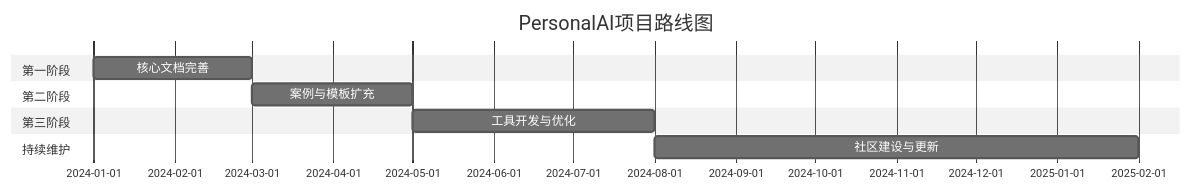
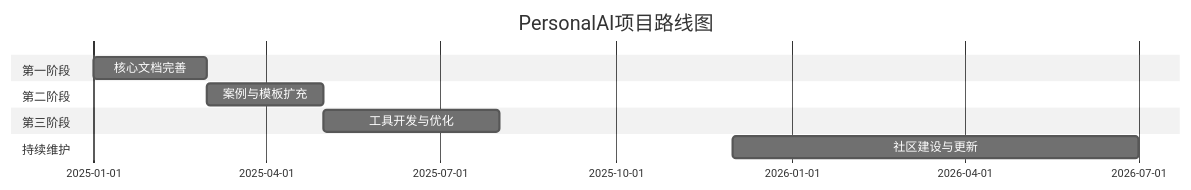
One commit to turtacn/PersonalAI changed the diagram in README.md. Above: the diagram before and after it, drawn with Mermaid (neutral theme).

Commit message:
init personalai

````diff
--- a/README.md
+++ b/README.md
@@ -106,13 +106,13 @@
 ```mermaid
 gantt
     title PersonalAI项目路线图
     dateFormat  YYYY-MM
     section 第一阶段
-    核心文档完善     :2024-01, 2M
+    核心文档完善     :2025-01, 2M
     section 第二阶段
-    案例与模板扩充    :2024-03, 2M
+    案例与模板扩充    :2025-03, 2M
     section 第三阶段
-    工具开发与优化    :2024-05, 3M
+    工具开发与优化    :2025-05, 3M
     section 持续维护
-    社区建设与更新    :2024-08, 6M
+    社区建设与更新    :2025-12, 7M
 ```
````
